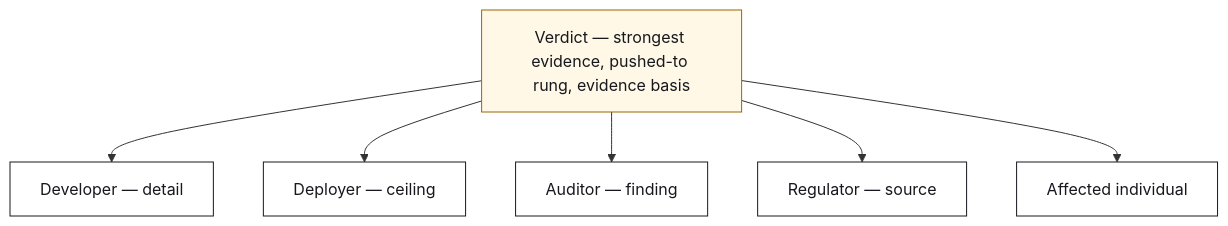
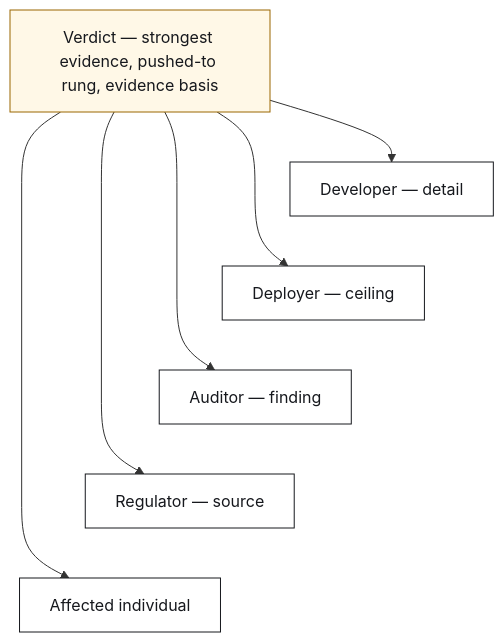
The seventh of 7 diagrams in docs/architecture.md (eduardstan/reasonsmith), drawn with Mermaid before and after one commit.

Commit message:
docs: stack report projections for full visibility

````diff
--- a/docs/architecture.md
+++ b/docs/architecture.md
@@ -140,20 +140,21 @@
 ```mermaid
 flowchart TB
     verdict["Verdict — strongest evidence, pushed-to rung, evidence basis"]
     developer["Developer — detail"]
     deployer["Deployer — ceiling"]
     auditor["Auditor — finding"]
     regulator["Regulator — source"]
     individual["Affected individual"]
 
     verdict --> developer
     verdict --> deployer
     verdict --> auditor
     verdict --> regulator
     verdict --> individual
+    developer ~~~ deployer ~~~ auditor ~~~ regulator ~~~ individual
 
     classDef outcome fill:#fff8e7,stroke:#9a6700,color:#16181d
     classDef audience fill:#ffffff,stroke:#16181d,color:#16181d
     class verdict outcome
     class developer,deployer,auditor,regulator,individual audience
 ```
````
